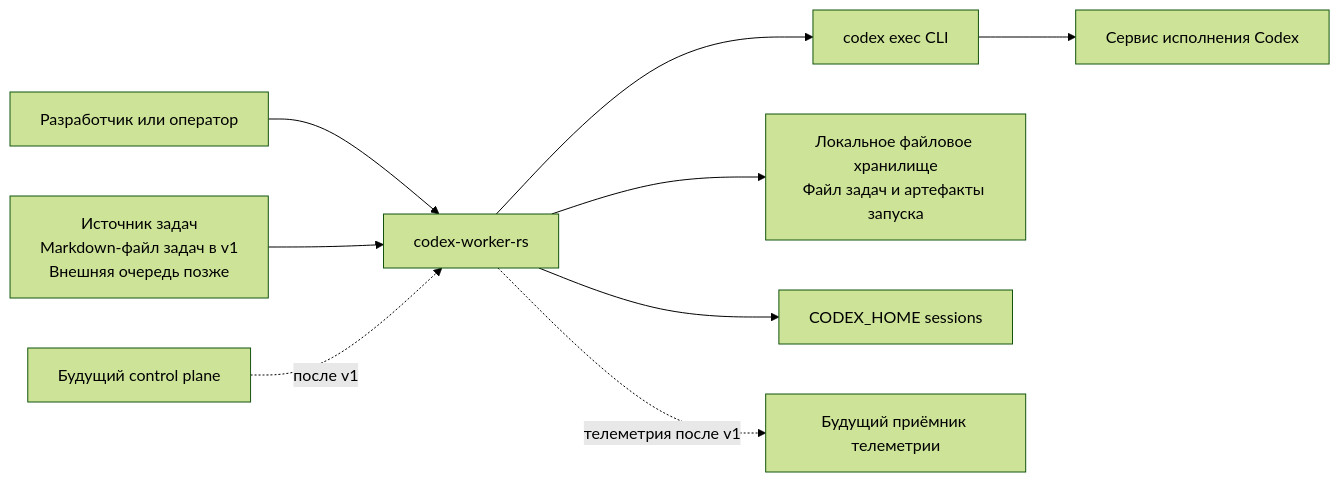
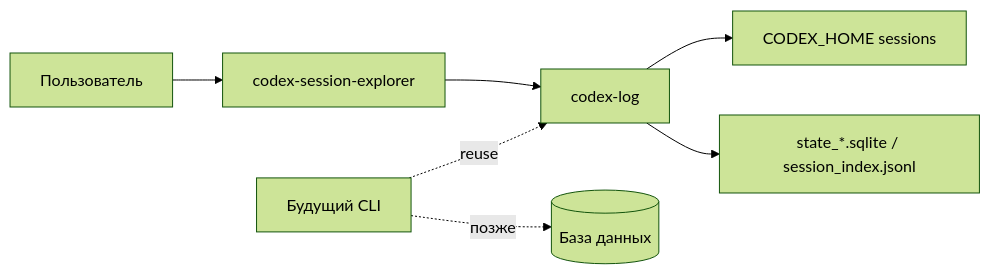
One commit to alkoleft/codex-session-view changed the first of 2 diagrams in docs/architecture/arc42/architecture.md. Above: the diagram before and after it, drawn with Mermaid (forest theme). The commit also changed other lines of this file and 131 other files, not shown here.

Commit message:
Rename log-viewer to codex-session-explorer

````diff
--- a/docs/architecture/arc42/architecture.md
+++ b/docs/architecture/arc42/architecture.md
@@ -100,11 +36,9 @@
 ```mermaid
 flowchart LR
-    OP[Разработчик или оператор] --> W[codex-worker-rs]
-    TS[Источник задач\nMarkdown-файл задач в v1\nВнешняя очередь позже] --> W
-    W --> CX[codex exec CLI]
-    CX --> CR[Сервис исполнения Codex]
-    W --> FS[Локальное файловое хранилище\nФайл задач и артефакты запуска]
-    W --> SH[CODEX_HOME sessions]
-    CP[Будущий control plane] -. после v1 .-> W
-    W -. телеметрия после v1 .-> TM[Будущий приёмник телеметрии]
+    U[Пользователь] --> V[codex-session-explorer]
+    V --> L[codex-log]
+    L --> H[CODEX_HOME sessions]
+    L --> S[state_*.sqlite / session_index.jsonl]
+    C[Будущий CLI] -. reuse .-> L
+    C -. позже .-> DB[(База данных)]
 ```
````
